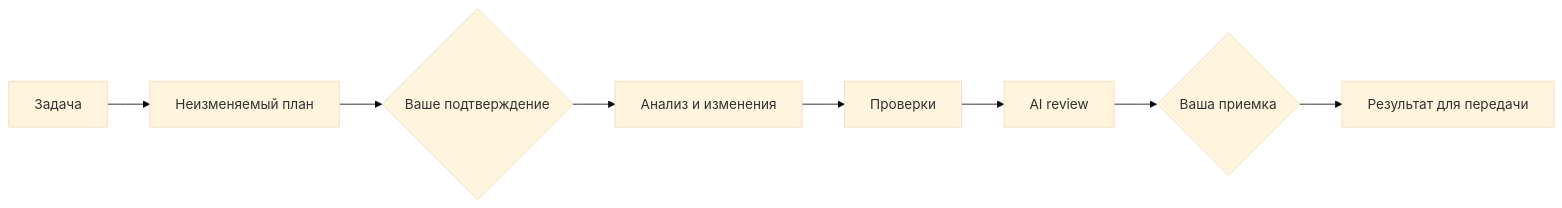
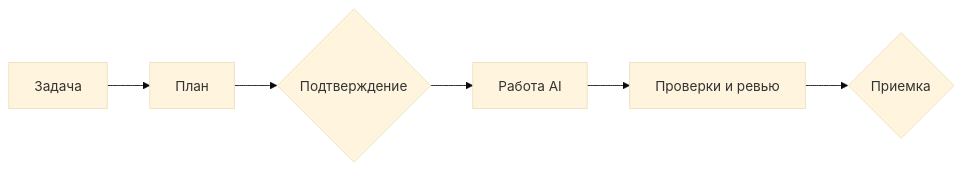
One commit to IgorBabikov/Flowcairn changed the diagram in README.md. Above: the diagram before and after it, drawn with Mermaid (base theme). The commit also changed other lines of this file and 33 other files, not shown here.

````diff
--- a/README.md
+++ b/README.md
@@ -52,10 +62,8 @@
 ```mermaid
 flowchart LR
-  T[Задача] --> P[Неизменяемый план]
-  P --> A{Ваше подтверждение}
-  A --> I[Анализ и изменения]
-  I --> C[Проверки]
-  C --> R[AI review]
-  R --> H{Ваша приемка}
-  H --> D[Результат для передачи]
+  T[Задача] --> P[План]
+  P --> A{Подтверждение}
+  A --> W[Работа AI]
+  W --> C[Проверки и ревью]
+  C --> H{Приемка}
 ```
````
